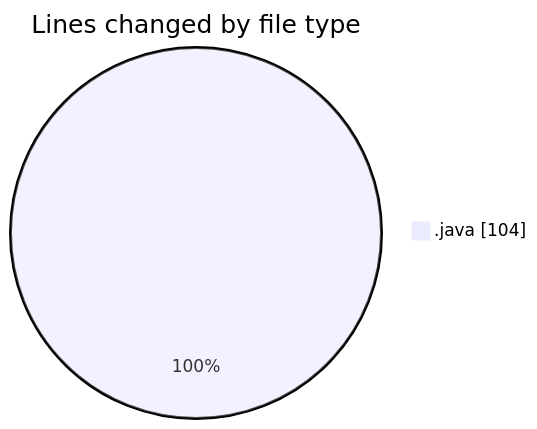
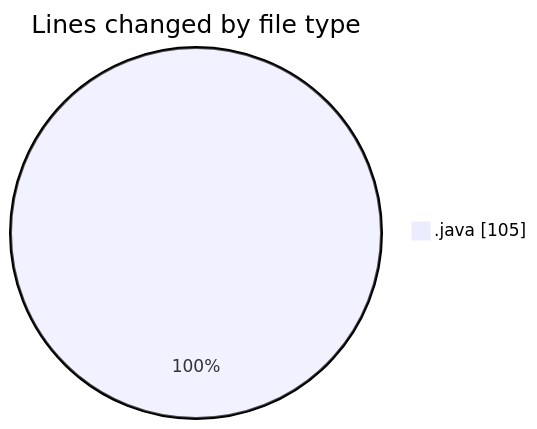
One commit to ricardozamudiocil/code-tracking changed the first of 2 diagrams in 2026-10-26/cilreports__workspace_/README.md. Above: the diagram before and after it, drawn with Mermaid. The commit also changed other lines of this file and 1 other file, not shown here.

````diff
--- a/2026-10-26/cilreports__workspace_/README.md
+++ b/2026-10-26/cilreports__workspace_/README.md
@@ -20,5 +20,5 @@
 ```mermaid
 pie showData
 title Lines changed by file type
-".java" : 104
+".java" : 105
 ```
````
